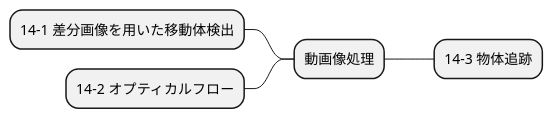
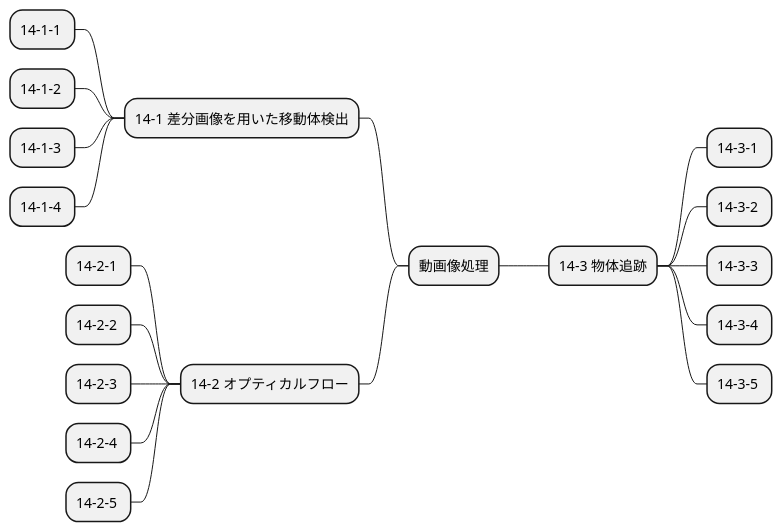
One commit to Takayoshi-Matsuyama/image_processing changed the diagram in mindmap/img_proc_expert_14.puml. Above: the diagram before and after it, drawn with PlantUML. The commit also changed 16 other files, not shown here.

Commit message:
mindmap ex numbers

```diff
--- a/mindmap/img_proc_expert_14.puml
+++ b/mindmap/img_proc_expert_14.puml
@@ -1,6 +1,20 @@
 @startmindmap img_proc_expert_14
 + 動画像処理
 -- 14-1 差分画像を用いた移動体検出
+--- 14-1-1 
+--- 14-1-2 
+--- 14-1-3 
+--- 14-1-4 
 -- 14-2 オプティカルフロー
+--- 14-2-1 
+--- 14-2-2 
+--- 14-2-3 
+--- 14-2-4 
+--- 14-2-5 
 ++ 14-3 物体追跡
++++ 14-3-1 
++++ 14-3-2 
++++ 14-3-3 
++++ 14-3-4 
++++ 14-3-5 
 @endmindmap
```
